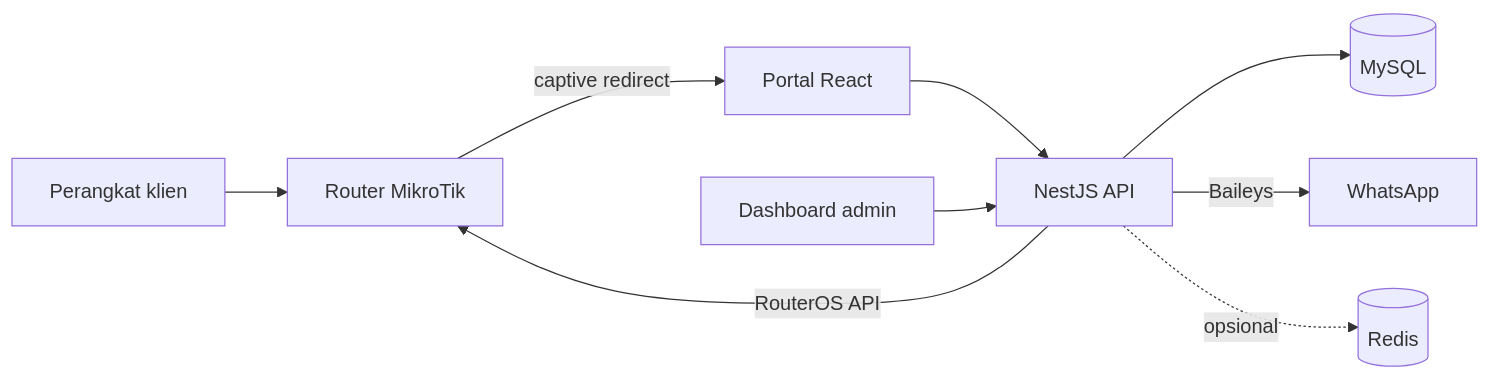
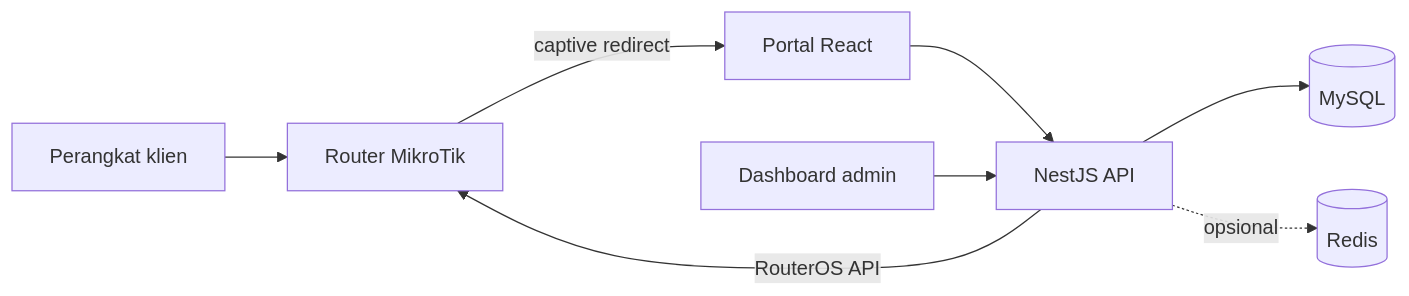
The diagram in README.md (KirisakiRei/hotspot-gateway), drawn with Mermaid before and after one commit. The commit also changed other lines of this file and 41 other files, not shown here.

First line of the commit message:
Refactor Portal and Admin Settings: Remove WhatsApp Gateway functionality

````diff
--- a/README.md
+++ b/README.md
@@ -18,11 +17,10 @@
 ```mermaid
 flowchart LR
   Client[Perangkat klien] --> MikroTik[Router MikroTik]
   MikroTik -->|captive redirect| Portal[Portal React]
   Portal --> API[NestJS API]
   Admin[Dashboard admin] --> API
   API --> DB[(MySQL)]
   API -->|RouterOS API| MikroTik
-  API -->|Baileys| WA[WhatsApp]
   API -.->|opsional| Redis[(Redis)]
 ```
````
